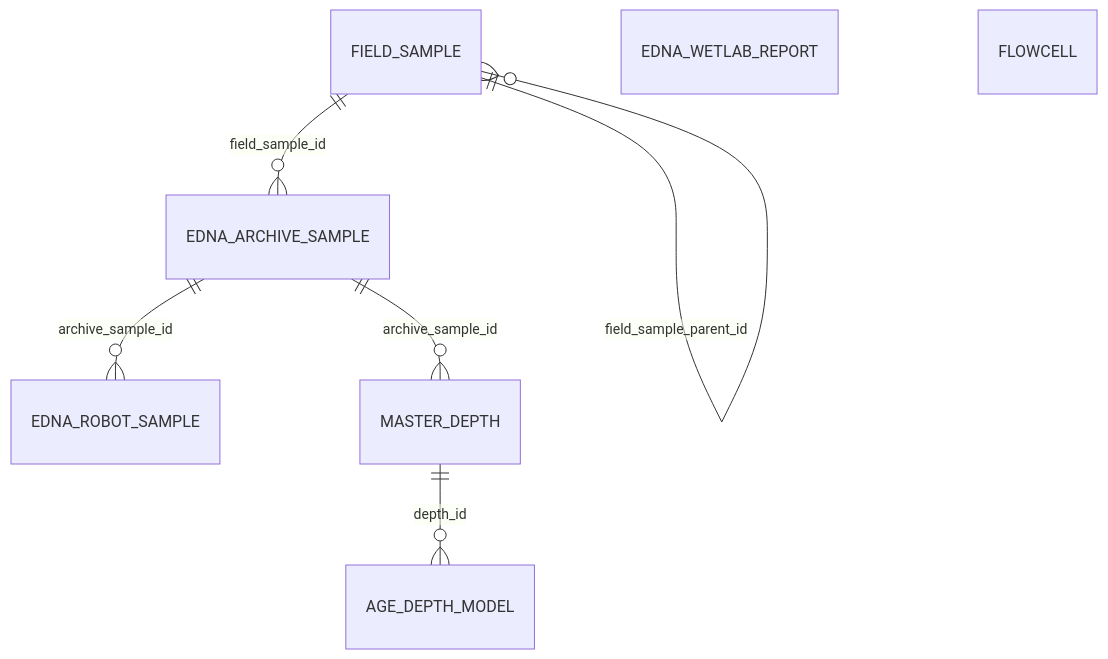
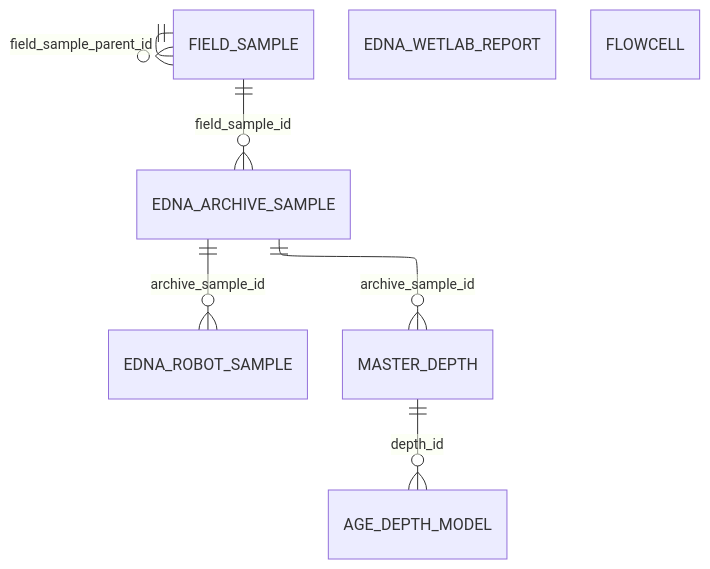
The diagram in diagrams/sample_db/current/zoom1.md (GeoGenetics/qc-parser), drawn with Mermaid before and after one commit. The commit also changed 6 other files, not shown here.

````diff
--- a/diagrams/sample_db/current/zoom1.md
+++ b/diagrams/sample_db/current/zoom1.md
@@ -1,29 +1,39 @@
 ```mermaid
+---
+config:
+  layout: elk
+  er:
+    layoutDirection: LR
+    entityPadding: 8
+    diagramPadding: 15
+    useMaxWidth: false
+---
 erDiagram
+
     FIELD_SAMPLE {
     }
 
     EDNA_ARCHIVE_SAMPLE {
     }
 
     EDNA_ROBOT_SAMPLE {
     }
 
     MASTER_DEPTH {
     }
 
     AGE_DEPTH_MODEL {
     }
 
     EDNA_WETLAB_REPORT {
     }
 
     FLOWCELL {
     }
 
     FIELD_SAMPLE ||--o{ FIELD_SAMPLE : "field_sample_parent_id"
     FIELD_SAMPLE ||--o{ EDNA_ARCHIVE_SAMPLE : "field_sample_id"
     EDNA_ARCHIVE_SAMPLE ||--o{ EDNA_ROBOT_SAMPLE : "archive_sample_id"
     EDNA_ARCHIVE_SAMPLE ||--o{ MASTER_DEPTH : "archive_sample_id"
     MASTER_DEPTH ||--o{ AGE_DEPTH_MODEL : "depth_id"
 ```
````
